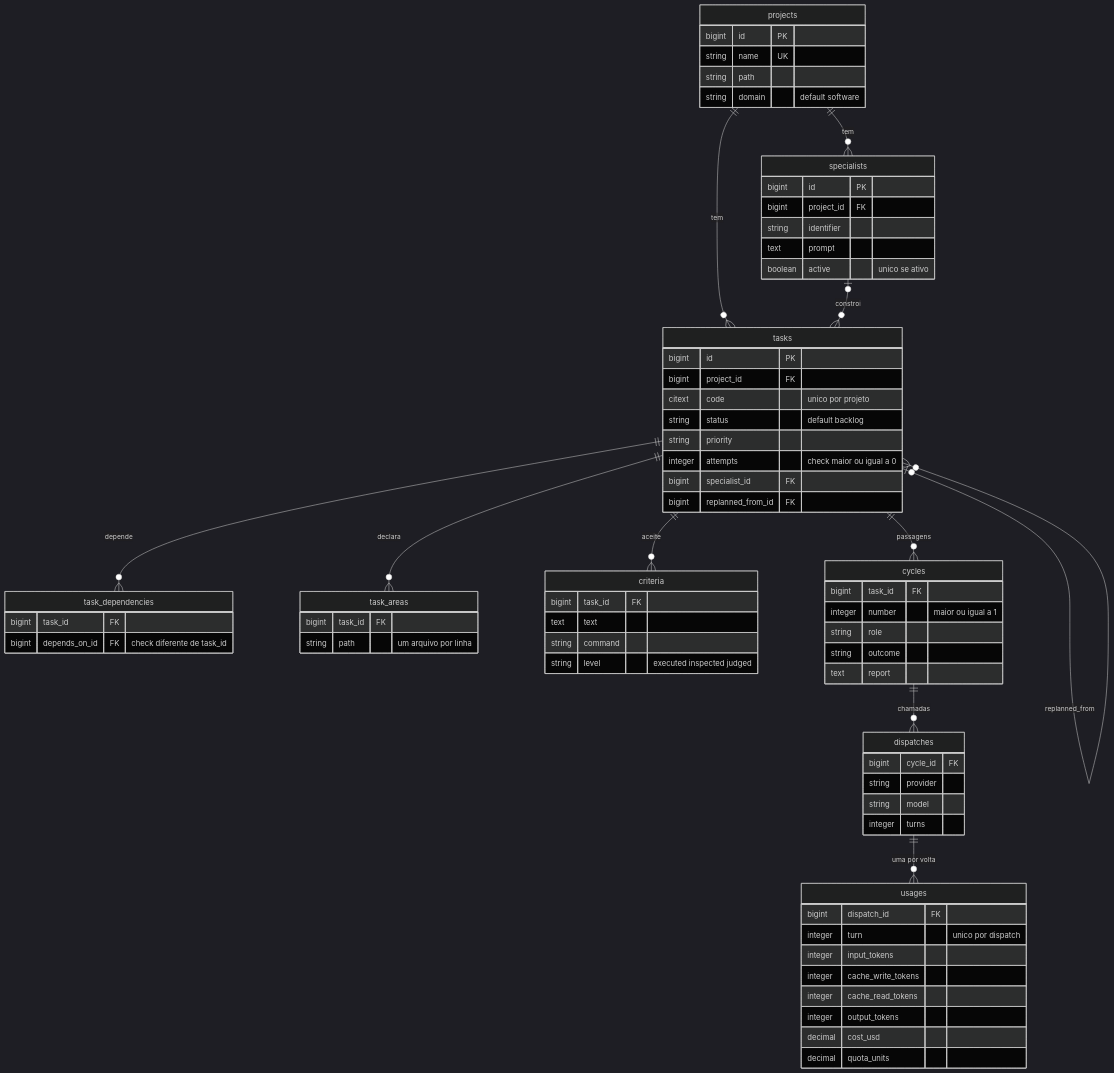
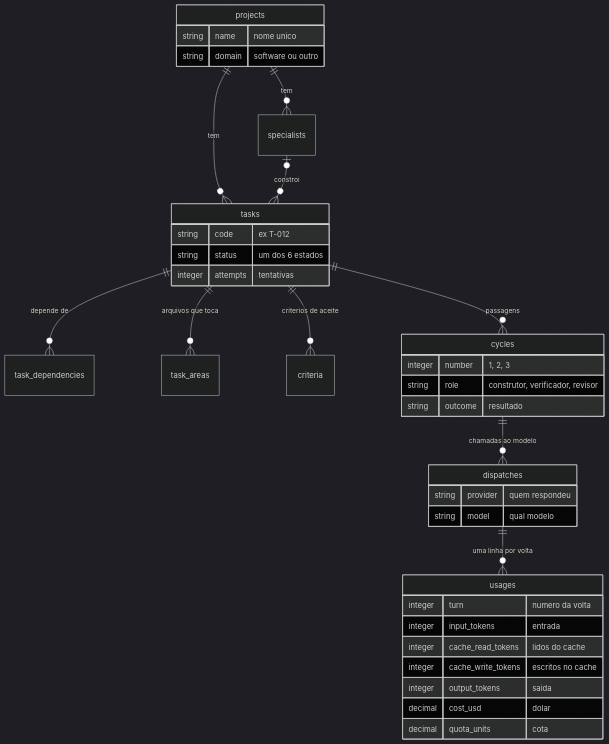
One commit to enzoconsulo/Generic-Multi-Agents changed the fourth of 8 diagrams in apresentacao-orientador/roteiros-de-estudo/fonte/E2.md. Above: the diagram before and after it, drawn with Mermaid (dark theme). The commit also changed other lines of this file and 34 other files, not shown here.

Commit message:
chore: E2 — roteiro de estudo didático, apresentação com conceitos e diagramas, tickets com ideia e visão geral

````diff
--- a/apresentacao-orientador/roteiros-de-estudo/fonte/E2.md
+++ b/apresentacao-orientador/roteiros-de-estudo/fonte/E2.md
@@ -162,73 +123,39 @@
 ```mermaid
 erDiagram
     projects ||--o{ specialists : "tem"
     projects ||--o{ tasks : "tem"
     specialists |o--o{ tasks : "constroi"
-    tasks |o--o{ tasks : "replanned_from"
-    tasks ||--o{ task_dependencies : "depende"
-    tasks ||--o{ task_areas : "declara"
-    tasks ||--o{ criteria : "aceite"
+    tasks ||--o{ task_dependencies : "depende de"
+    tasks ||--o{ task_areas : "arquivos que toca"
+    tasks ||--o{ criteria : "criterios de aceite"
     tasks ||--o{ cycles : "passagens"
-    cycles ||--o{ dispatches : "chamadas"
-    dispatches ||--o{ usages : "uma por volta"
+    cycles ||--o{ dispatches : "chamadas ao modelo"
+    dispatches ||--o{ usages : "uma linha por volta"
     projects {
-        bigint id PK
-        string name UK
-        string path
-        string domain "default software"
-    }
-    specialists {
-        bigint id PK
-        bigint project_id FK
-        string identifier
-        text prompt
-        boolean active "unico se ativo"
+        string name "nome unico"
+        string domain "software ou outro"
     }
     tasks {
-        bigint id PK
-        bigint project_id FK
-        citext code "unico por projeto"
-        string status "default backlog"
-        string priority
-        integer attempts "check maior ou igual a 0"
-        bigint specialist_id FK
-        bigint replanned_from_id FK
-    }
-    task_dependencies {
-        bigint task_id FK
-        bigint depends_on_id FK "check diferente de task_id"
-    }
-    task_areas {
-        bigint task_id FK
-        string path "um arquivo por linha"
-    }
-    criteria {
-        bigint task_id FK
-        text text
-        string command
-        string level "executed inspected judged"
+        string code "ex T-012"
+        string status "um dos 6 estados"
+        integer attempts "tentativas"
     }
     cycles {
-        bigint task_id FK
-        integer number "maior ou igual a 1"
-        string role
-        string outcome
-        text report
+        integer number "1, 2, 3"
+        string role "construtor, verificador, revisor"
+        string outcome "resultado"
     }
     dispatches {
-        bigint cycle_id FK
-        string provider
-        string model
-        integer turns
+        string provider "quem respondeu"
+        string model "qual modelo"
     }
     usages {
-        bigint dispatch_id FK
-        integer turn "unico por dispatch"
-        integer input_tokens
-        integer cache_write_tokens
-        integer cache_read_tokens
-        integer output_tokens
-        decimal cost_usd
-        decimal quota_units
+        integer turn "numero da volta"
+        integer input_tokens "entrada"
+        integer cache_read_tokens "lidos do cache"
+        integer cache_write_tokens "escritos no cache"
+        integer output_tokens "saida"
+        decimal cost_usd "dolar"
+        decimal quota_units "cota"
     }
 ```
````
